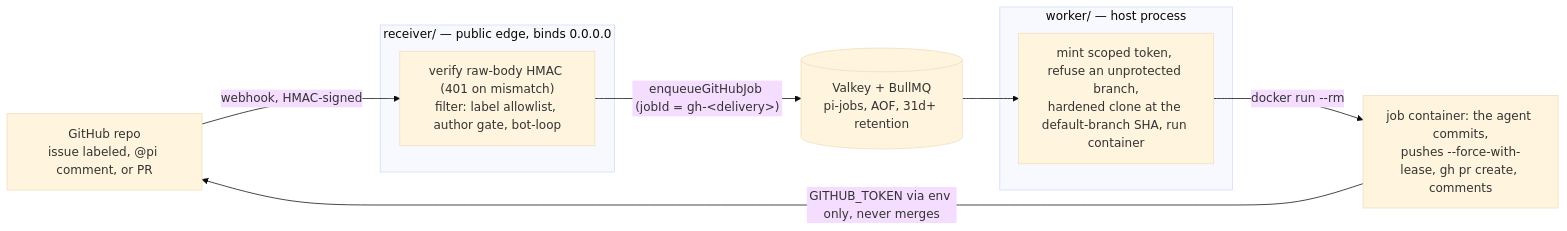
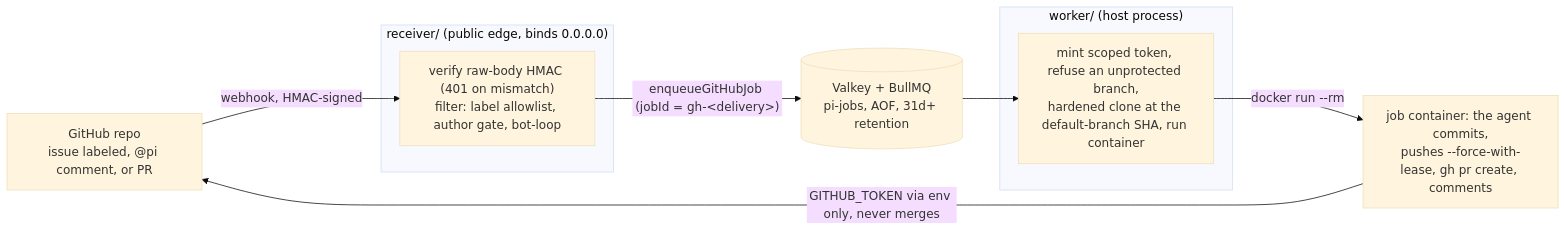
Before and after one commit to birhantprkc/pi-dispatch: the second of 2 diagrams in README.md, drawn with Mermaid (base theme). The commit also changed other lines of this file and 1 other file, not shown here.

````diff
--- a/README.md
+++ b/README.md
@@ -603,14 +241,14 @@
 ```mermaid
 flowchart LR
   GH["GitHub repo<br/>issue labeled, @pi comment, or PR"] -->|"webhook, HMAC-signed"| R
-  subgraph EDGE["receiver/ — public edge, binds 0.0.0.0"]
+  subgraph EDGE["receiver/ (public edge, binds 0.0.0.0)"]
     R["verify raw-body HMAC (401 on mismatch)<br/>filter: label allowlist, author gate, bot-loop"]
   end
   R -->|"enqueueGitHubJob (jobId = gh-&lt;delivery&gt;)"| Q[("Valkey + BullMQ<br/>pi-jobs, AOF, 31d+ retention")]
-  subgraph HOST["worker/ — host process"]
+  subgraph HOST["worker/ (host process)"]
     W["mint scoped token, refuse an unprotected branch,<br/>hardened clone at the default-branch SHA, run container"]
   end
   Q --> W
   W -->|"docker run --rm"| C["job container: the agent commits,<br/>pushes --force-with-lease, gh pr create, comments"]
   C -->|"GITHUB_TOKEN via env only, never merges"| GH
 ```
````
